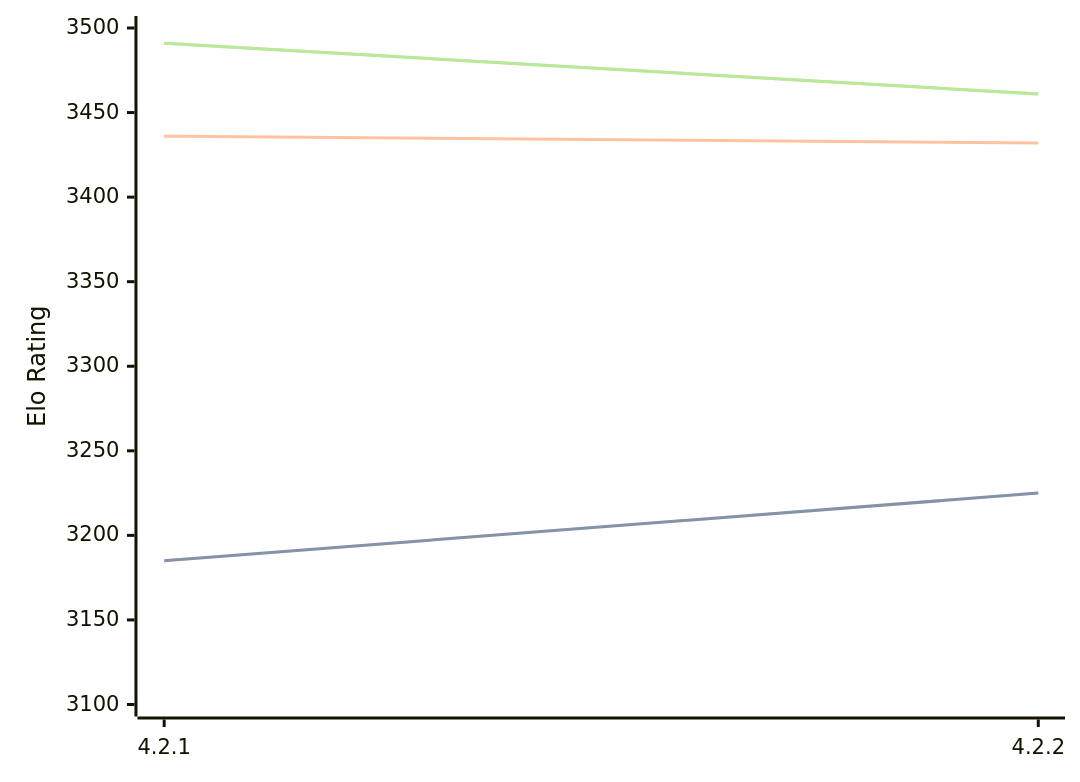
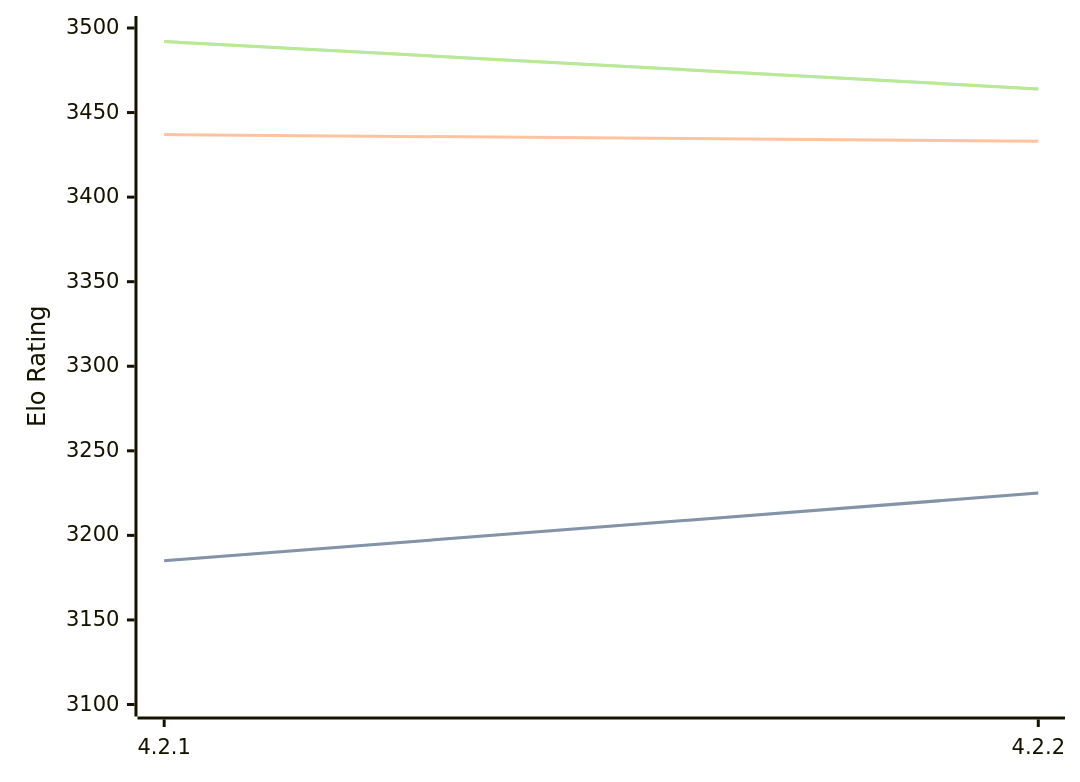
The diagram in engines/Gaia.md (computer-chess-index/cci), drawn with Mermaid before and after one commit. The commit also changed other lines of this file, not shown here.

Commit message:
Update CCI Ratings (ELO VLTC) - 2026-08-17

````diff
--- a/engines/Gaia.md
+++ b/engines/Gaia.md
@@ -36,11 +36,11 @@
 ```mermaid
 %%{init: {"theme":"base","themeVariables":{"seriesColors:['#a3a3a3','#222221','#faa371']}}}%%
 xychart-beta
   x-axis ["4.2.1", "4.2.2"]
   y-axis "Elo Rating" 3100 --> 3500
   line "STC (8.0+0.08s)" [3185, 3225]
   line "STC (8.0+0.08s)" [3185, 3225]
-  line "LTC (60.0+0.60s)" [3436, 3432]
-  line "VLTC (2m24s+1.12s)" [3491, 3461]
-  line "VLTC (2m24s+1.12s)" [3491, 3461]
+  line "LTC (60.0+0.60s)" [3437, 3433]
+  line "VLTC (2m24s+1.12s)" [3492, 3464]
+  line "VLTC (2m24s+1.12s)" [3492, 3464]
 ```
````
